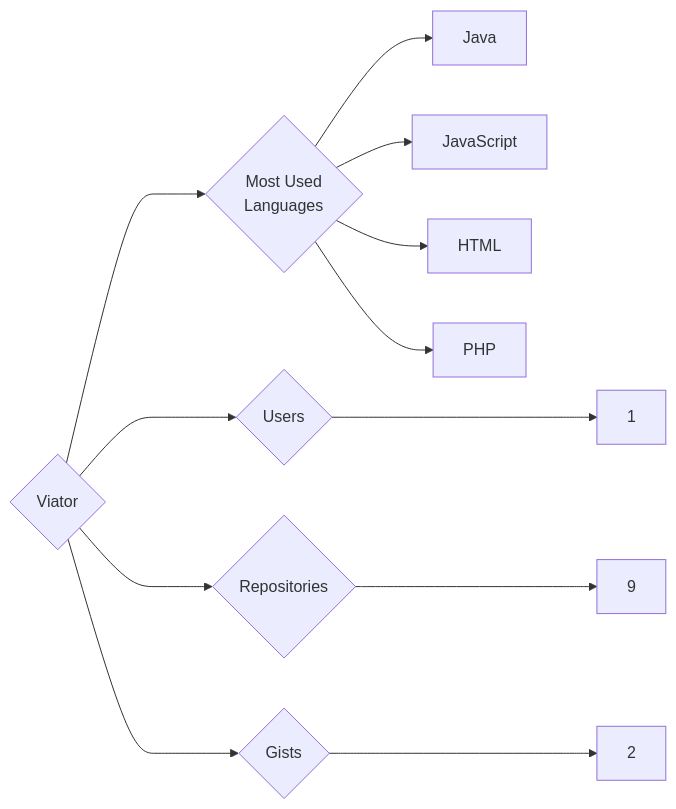
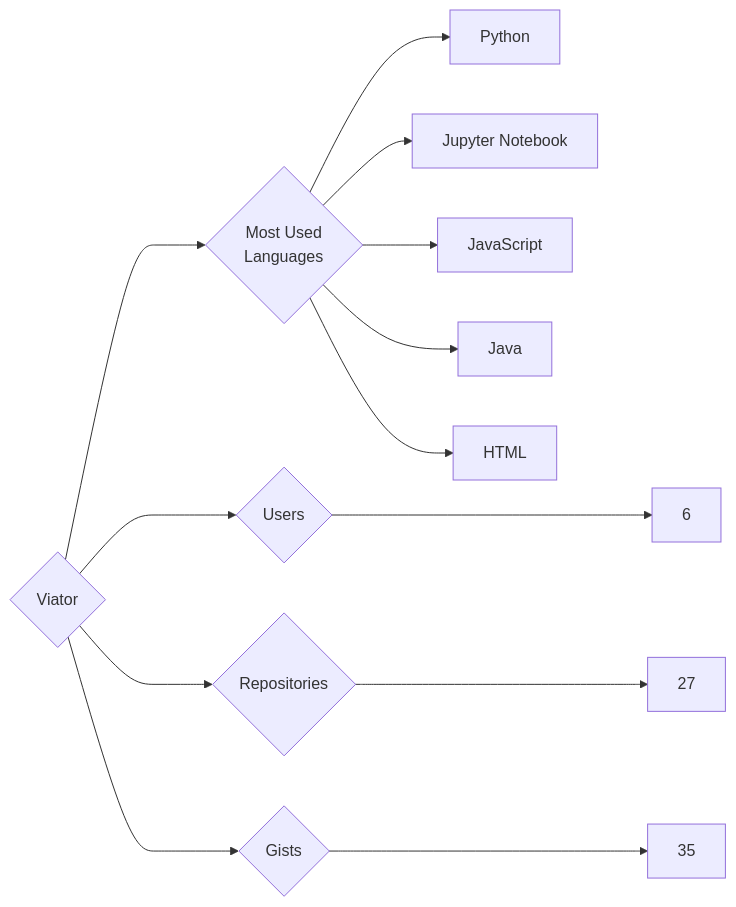
The diagram in targets/Viator/README.md (trickest/insiders), drawn with Mermaid before and after one commit. The commit also changed 895 other files, not shown here.

````diff
--- a/targets/Viator/README.md
+++ b/targets/Viator/README.md
@@ -3,12 +3,13 @@
 ```mermaid
 graph LR
 COMPANY_NAME{Viator}
-COMPANY_NAME ---> U{Users} ---> UN[1]
-COMPANY_NAME ---> R{Repositories} ---> RN[9]
-COMPANY_NAME ---> G{Gists} ---> GN[2]
+COMPANY_NAME ---> U{Users} ---> UN[6]
+COMPANY_NAME ---> R{Repositories} ---> RN[27]
+COMPANY_NAME ---> G{Gists} ---> GN[35]
 COMPANY_NAME ---> ML{Most Used<br>Languages}
+ML --> Python[Python]
+ML --> Jupyter_Notebook[Jupyter Notebook]
+ML --> JavaScript[JavaScript]
 ML --> Java[Java]
-ML --> JavaScript[JavaScript]
 ML --> HTML[HTML]
-ML --> PHP[PHP]
 ```
````
